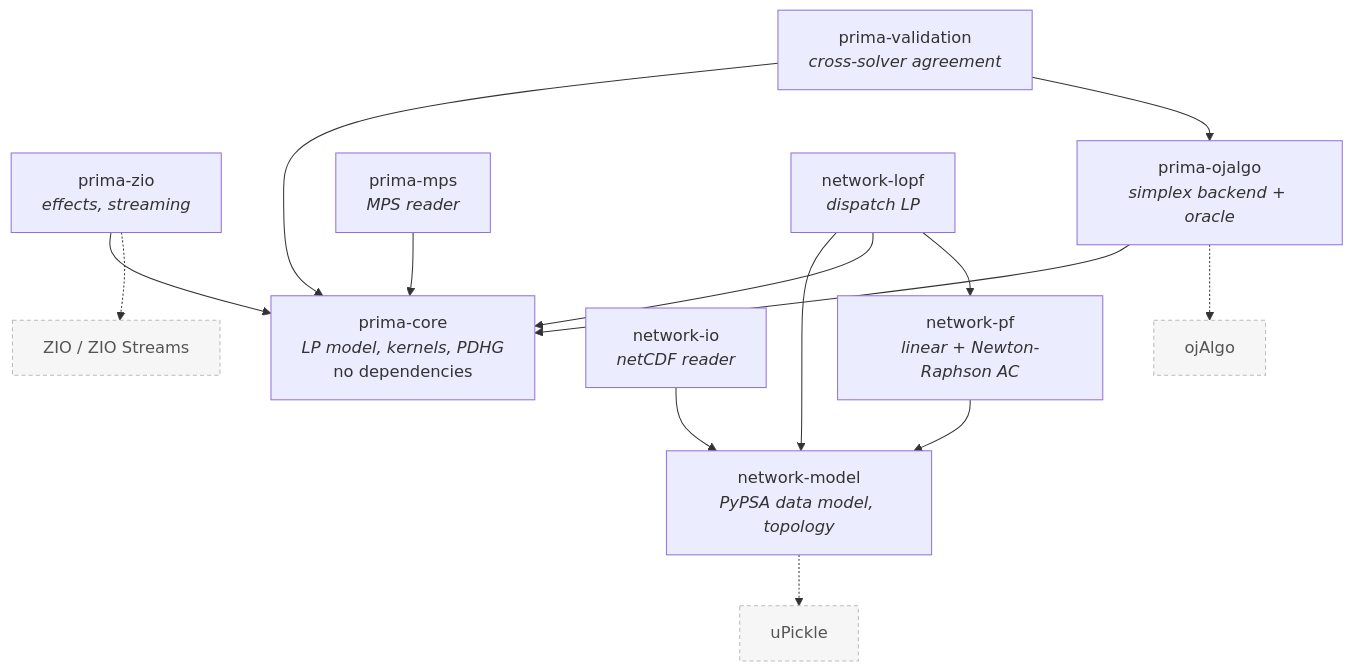
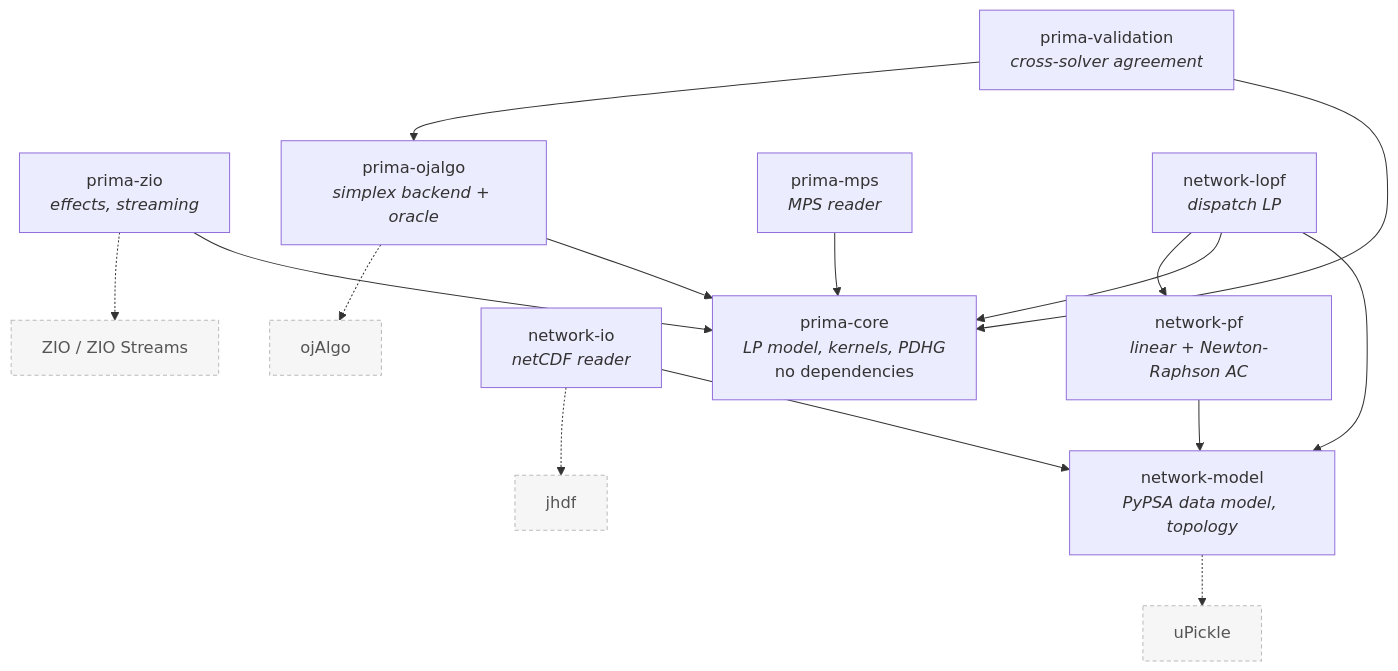
Before and after one commit to oluies/noaidi: the first of 6 diagrams in ARCHITECTURE.md, drawn with Mermaid. The commit also changed other lines of this file and 3 other files, not shown here.

````diff
--- a/ARCHITECTURE.md
+++ b/ARCHITECTURE.md
@@ -33,33 +33,35 @@
 ```mermaid
 graph TD
     primaCore["prima-core<br/><i>LP model, kernels, PDHG</i><br/>no dependencies"]
     primaZio["prima-zio<br/><i>effects, streaming</i>"]
     primaOjalgo["prima-ojalgo<br/><i>simplex backend + oracle</i>"]
     primaValidation["prima-validation<br/><i>cross-solver agreement</i>"]
     primaMps["prima-mps<br/><i>MPS reader</i>"]
 
     networkModel["network-model<br/><i>PyPSA data model, topology</i>"]
     networkLopf["network-lopf<br/><i>dispatch LP</i>"]
     networkPf["network-pf<br/><i>linear + Newton-Raphson AC</i>"]
     networkIo["network-io<br/><i>netCDF reader</i>"]
 
     zioLib["ZIO / ZIO Streams"]:::ext
     ojalgoLib["ojAlgo"]:::ext
     upickleLib["uPickle"]:::ext
+    jhdfLib["jhdf"]:::ext
 
     primaZio --> primaCore
     primaOjalgo --> primaCore
     primaValidation --> primaCore
     primaValidation --> primaOjalgo
     primaMps --> primaCore
     networkLopf --> networkModel
     networkLopf --> primaCore
     networkLopf --> networkPf
     networkPf --> networkModel
     networkIo --> networkModel
     primaZio -.-> zioLib
     primaOjalgo -.-> ojalgoLib
     networkModel -.-> upickleLib
+    networkIo -.-> jhdfLib
 
     classDef ext fill:#f6f6f6,stroke:#bbb,stroke-dasharray:4 3,color:#555;
 ```
````
